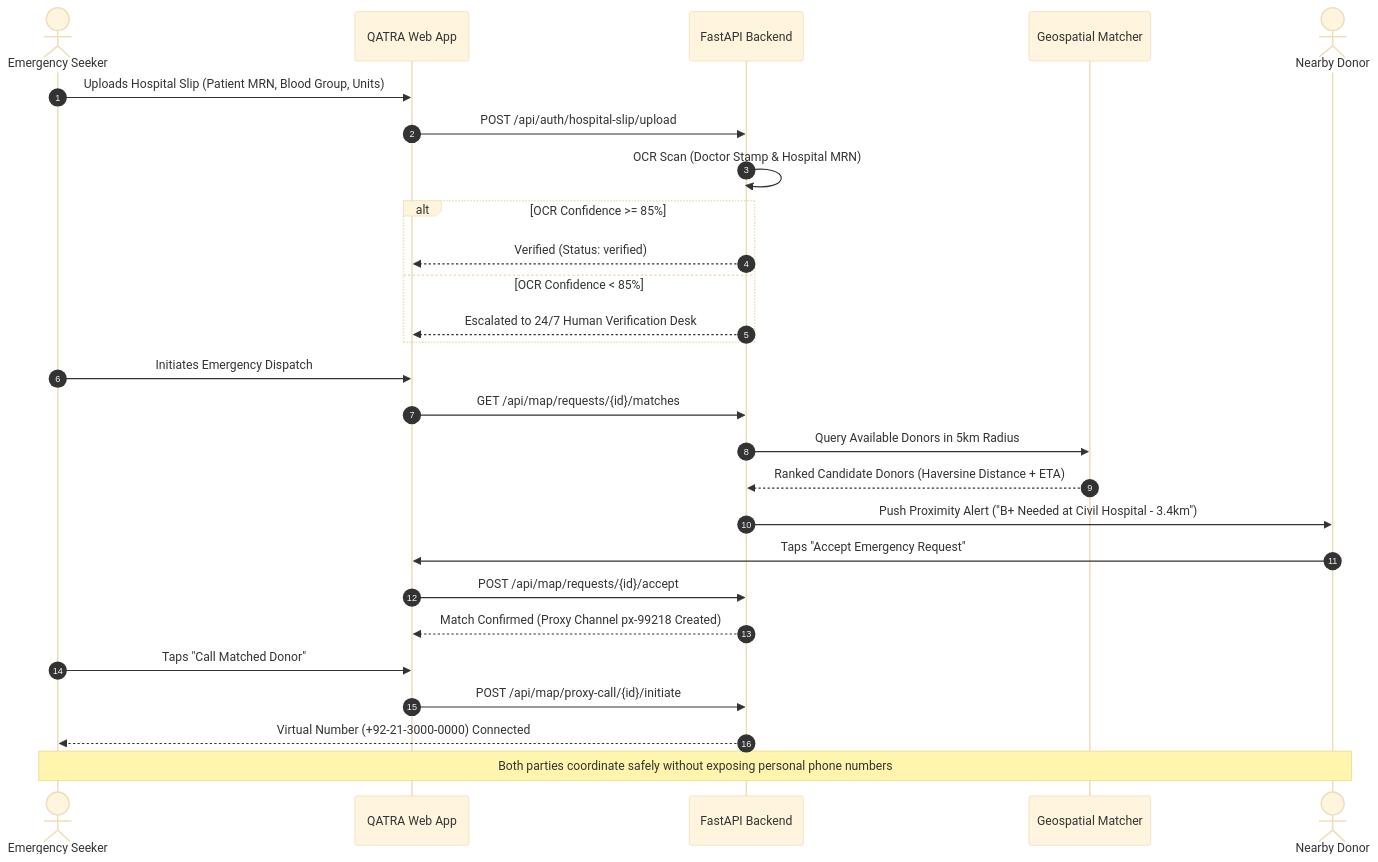
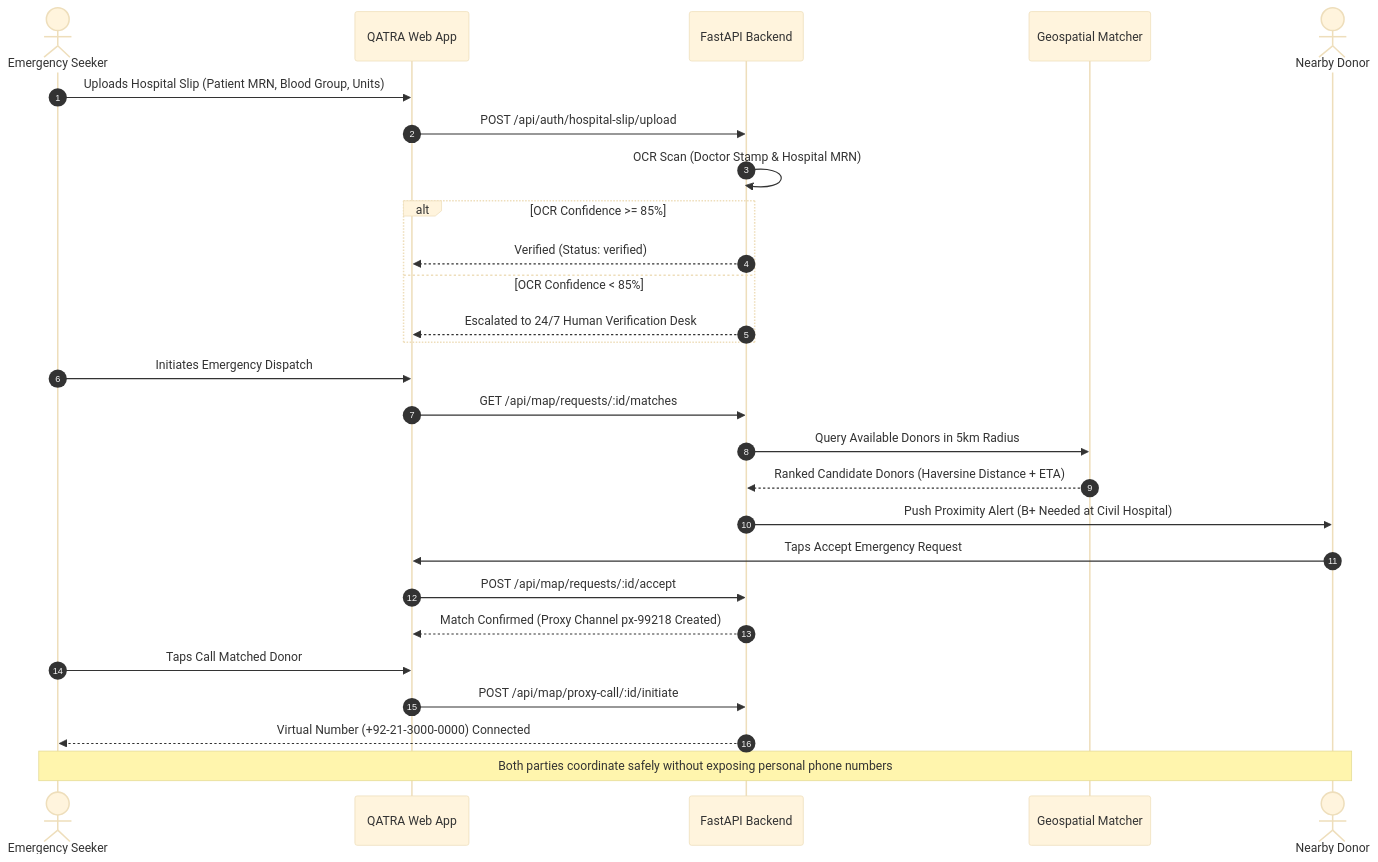
One commit to abdulhayykhan/QATRA-Web-App changed the second of 4 diagrams in README.md. Above: the diagram before and after it, drawn with Mermaid (base theme). The commit also changed other lines of this file, not shown here.

Commit message:
docs: fix Mermaid diagram syntax errors in README.md

````diff
--- a/README.md
+++ b/README.md
@@ -190,33 +190,33 @@
 ```mermaid
 sequenceDiagram
     autonumber
     actor Seeker as Emergency Seeker
     participant Web as QATRA Web App
     participant API as FastAPI Backend
     participant Geo as Geospatial Matcher
     actor Donor as Nearby Donor
 
     Seeker->>Web: Uploads Hospital Slip (Patient MRN, Blood Group, Units)
     Web->>API: POST /api/auth/hospital-slip/upload
     API->>API: OCR Scan (Doctor Stamp & Hospital MRN)
     alt OCR Confidence >= 85%
         API-->>Web: Verified (Status: verified)
     else OCR Confidence < 85%
         API-->>Web: Escalated to 24/7 Human Verification Desk
     end
 
     Seeker->>Web: Initiates Emergency Dispatch
-    Web->>API: GET /api/map/requests/{id}/matches
+    Web->>API: GET /api/map/requests/:id/matches
     API->>Geo: Query Available Donors in 5km Radius
     Geo-->>API: Ranked Candidate Donors (Haversine Distance + ETA)
-    API->>Donor: Push Proximity Alert ("B+ Needed at Civil Hospital - 3.4km")
+    API->>Donor: Push Proximity Alert (B+ Needed at Civil Hospital)
     
-    Donor->>Web: Taps "Accept Emergency Request"
-    Web->>API: POST /api/map/requests/{id}/accept
+    Donor->>Web: Taps Accept Emergency Request
+    Web->>API: POST /api/map/requests/:id/accept
     API-->>Web: Match Confirmed (Proxy Channel px-99218 Created)
     
-    Seeker->>Web: Taps "Call Matched Donor"
-    Web->>API: POST /api/map/proxy-call/{id}/initiate
+    Seeker->>Web: Taps Call Matched Donor
+    Web->>API: POST /api/map/proxy-call/:id/initiate
     API-->>Seeker: Virtual Number (+92-21-3000-0000) Connected
     Note over Seeker,Donor: Both parties coordinate safely without exposing personal phone numbers
 ```
````
